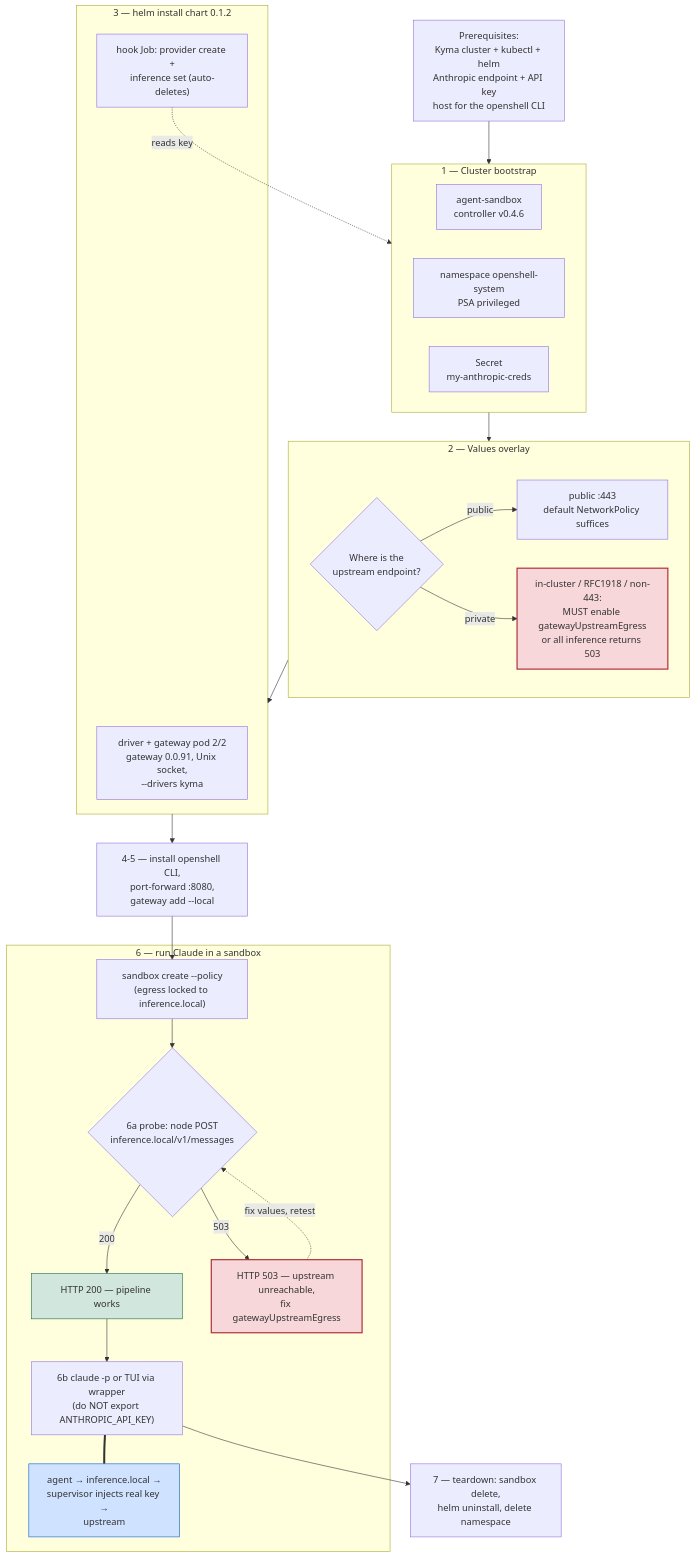
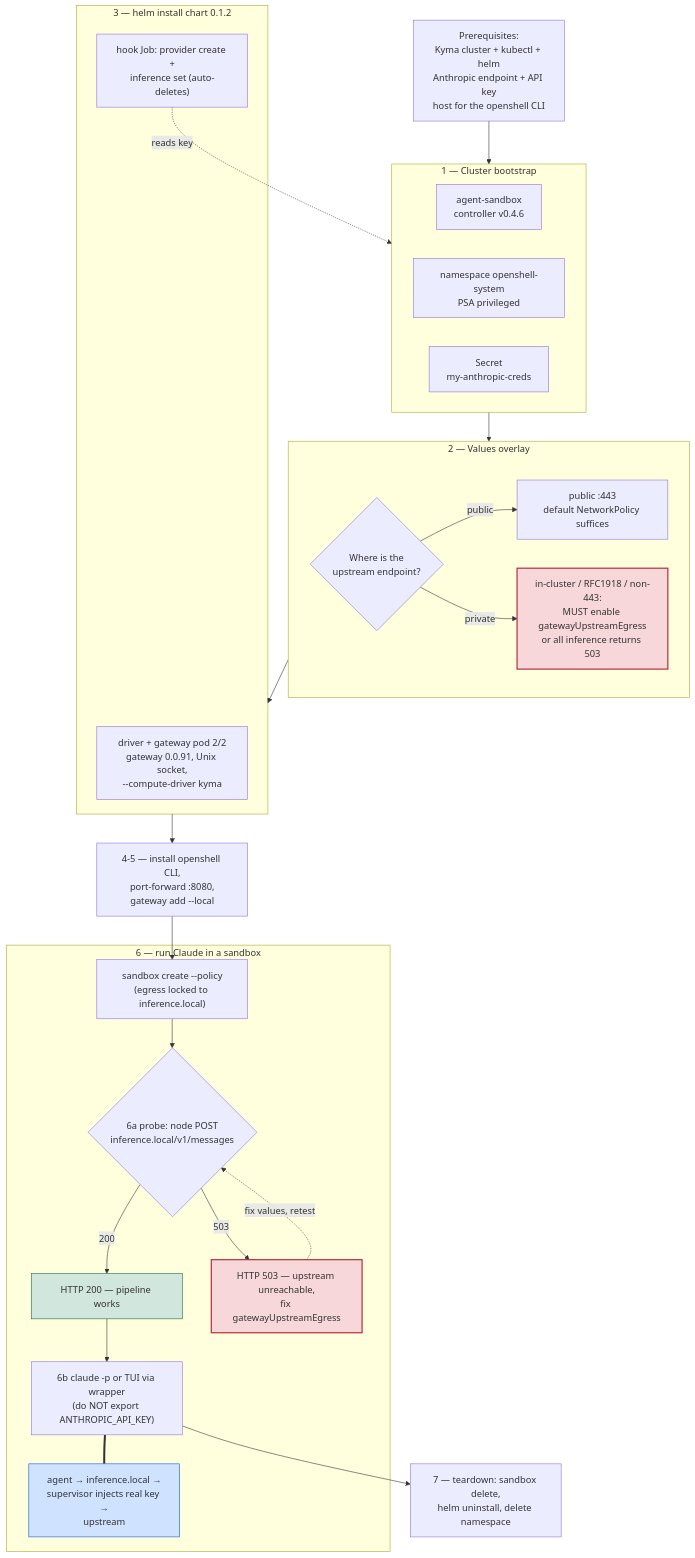
Before and after one commit to st-gr/openshell-driver-kyma: the diagram in docs/tutorial-anthropic-direct.md, drawn with Mermaid. The commit also changed 5 other files, not shown here.

First line of the commit message:
fix(chart): render the gateway TOML whenever the gateway runs

````diff
--- a/docs/tutorial-anthropic-direct.md
+++ b/docs/tutorial-anthropic-direct.md
@@ -8,56 +8,56 @@
 ```mermaid
 flowchart TB
     P["Prerequisites:<br/>Kyma cluster + kubectl + helm<br/>Anthropic endpoint + API key<br/>host for the openshell CLI"]
 
     subgraph S1["1 — Cluster bootstrap"]
         direction LR
         C1["agent-sandbox<br/>controller v0.4.6"]
         C2["namespace openshell-system<br/>PSA privileged"]
         C3["Secret<br/>my-anthropic-creds"]
     end
 
     subgraph S2["2 — Values overlay"]
         V{"Where is the<br/>upstream endpoint?"}
         VPUB["public :443<br/>default NetworkPolicy suffices"]
         VPRIV["in-cluster / RFC1918 / non-443:<br/>MUST enable gatewayUpstreamEgress<br/>or all inference returns 503"]
     end
 
     subgraph S3["3 — helm install chart 0.1.2"]
-        POD["driver + gateway pod 2/2<br/>gateway 0.0.91, Unix socket,<br/>--drivers kyma"]
+        POD["driver + gateway pod 2/2<br/>gateway 0.0.91, Unix socket,<br/>--compute-driver kyma"]
         HOOK["hook Job: provider create +<br/>inference set (auto-deletes)"]
     end
 
     S45["4-5 — install openshell CLI,<br/>port-forward :8080,<br/>gateway add --local"]
 
     subgraph S6["6 — run Claude in a sandbox"]
         CREATE["sandbox create --policy<br/>(egress locked to inference.local)"]
         PROBE{"6a probe: node POST<br/>inference.local/v1/messages"}
         OK["HTTP 200 — pipeline works"]
         E503["HTTP 503 — upstream unreachable,<br/>fix gatewayUpstreamEgress"]
         RUN["6b claude -p or TUI via wrapper<br/>(do NOT export ANTHROPIC_API_KEY)"]
         PATH["agent → inference.local →<br/>supervisor injects real key →<br/>upstream"]
     end
 
     S7["7 — teardown: sandbox delete,<br/>helm uninstall, delete namespace"]
 
     P --> S1
     S1 --> S2
     V -->|public| VPUB
     V -->|private| VPRIV
     S2 --> S3
     HOOK -.reads key.-> C3
     S3 --> S45
     S45 --> CREATE
     CREATE --> PROBE
     PROBE -->|200| OK
     OK --> RUN
     RUN === PATH
     PROBE -->|503| E503
     E503 -.fix values, retest.-> PROBE
     RUN --> S7
 
     style VPRIV fill:#f8d7da,stroke:#b02a37,stroke-width:2px
     style E503 fill:#f8d7da,stroke:#b02a37,stroke-width:2px
     style OK fill:#d1e7dd,stroke:#146c43
     style PATH fill:#cfe2ff,stroke:#0a58ca
 ```
````
